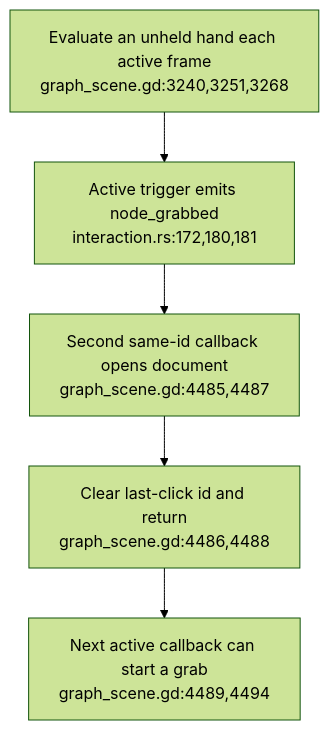
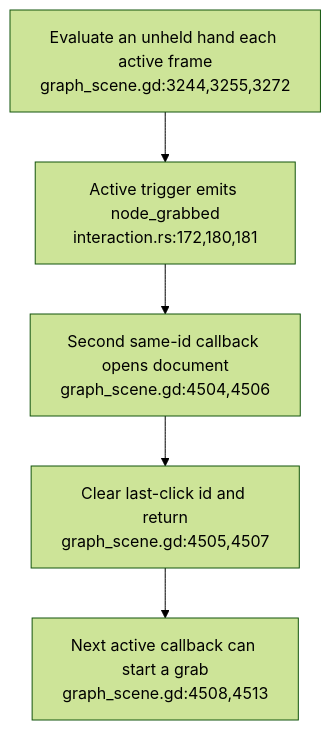
Before and after one commit to DreamLab-AI/VisionFlow: the third of 6 diagrams in docs/diagrams/visionclaw/53-xr-grab-lifetimes-and-input.md, drawn with Mermaid (forest theme). The commit also changed other lines of this file and 173 other files, not shown here.

````diff
--- a/docs/diagrams/visionclaw/53-xr-grab-lifetimes-and-input.md
+++ b/docs/diagrams/visionclaw/53-xr-grab-lifetimes-and-input.md
@@ -54,7 +54,7 @@
 ```mermaid
 flowchart TD
-    FRAME["Evaluate an unheld hand each active frame<br/>graph_scene.gd:3240,3251,3268"] --> EMIT["Active trigger emits node_grabbed<br/>interaction.rs:172,180,181"]
-    EMIT --> DOUBLE["Second same-id callback opens document<br/>graph_scene.gd:4485,4487"]
-    DOUBLE --> RESET["Clear last-click id and return<br/>graph_scene.gd:4486,4488"]
-    RESET --> NEXT["Next active callback can start a grab<br/>graph_scene.gd:4489,4494"]
+    FRAME["Evaluate an unheld hand each active frame<br/>graph_scene.gd:3244,3255,3272"] --> EMIT["Active trigger emits node_grabbed<br/>interaction.rs:172,180,181"]
+    EMIT --> DOUBLE["Second same-id callback opens document<br/>graph_scene.gd:4504,4506"]
+    DOUBLE --> RESET["Clear last-click id and return<br/>graph_scene.gd:4505,4507"]
+    RESET --> NEXT["Next active callback can start a grab<br/>graph_scene.gd:4508,4513"]
 ```
````
